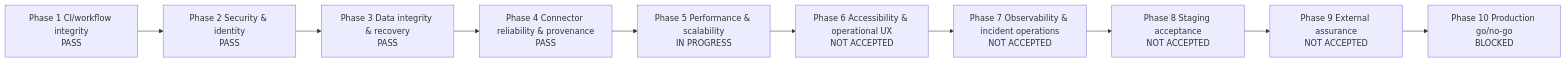
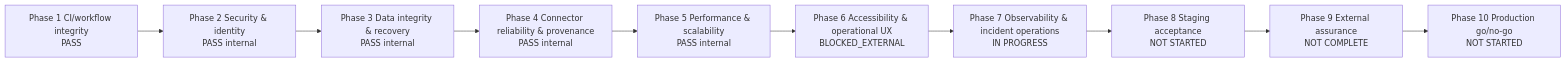
Before and after one commit to GJvManen/dtmo: the first of 3 diagrams in docs/project/CURRENT_STATE.md, drawn with Mermaid. The commit also changed other lines of this file, not shown here.

````diff
--- a/docs/project/CURRENT_STATE.md
+++ b/docs/project/CURRENT_STATE.md
@@ -21,12 +27,12 @@
 ```mermaid
 flowchart LR
-    P1[Phase 1 CI/workflow integrity\nPASS] --> P2[Phase 2 Security & identity\nPASS]
-    P2 --> P3[Phase 3 Data integrity & recovery\nPASS]
-    P3 --> P4[Phase 4 Connector reliability & provenance\nPASS]
-    P4 --> P5[Phase 5 Performance & scalability\nIN PROGRESS]
-    P5 --> P6[Phase 6 Accessibility & operational UX\nNOT ACCEPTED]
-    P6 --> P7[Phase 7 Observability & incident operations\nNOT ACCEPTED]
-    P7 --> P8[Phase 8 Staging acceptance\nNOT ACCEPTED]
-    P8 --> P9[Phase 9 External assurance\nNOT ACCEPTED]
-    P9 --> P10[Phase 10 Production go/no-go\nBLOCKED]
+    P1[Phase 1 CI/workflow integrity\nPASS] --> P2[Phase 2 Security & identity\nPASS internal]
+    P2 --> P3[Phase 3 Data integrity & recovery\nPASS internal]
+    P3 --> P4[Phase 4 Connector reliability & provenance\nPASS internal]
+    P4 --> P5[Phase 5 Performance & scalability\nPASS internal]
+    P5 --> P6[Phase 6 Accessibility & operational UX\nBLOCKED_EXTERNAL]
+    P6 --> P7[Phase 7 Observability & incident operations\nIN PROGRESS]
+    P7 --> P8[Phase 8 Staging acceptance\nNOT STARTED]
+    P8 --> P9[Phase 9 External assurance\nNOT COMPLETE]
+    P9 --> P10[Phase 10 Production go/no-go\nNOT STARTED]
 ```
````
